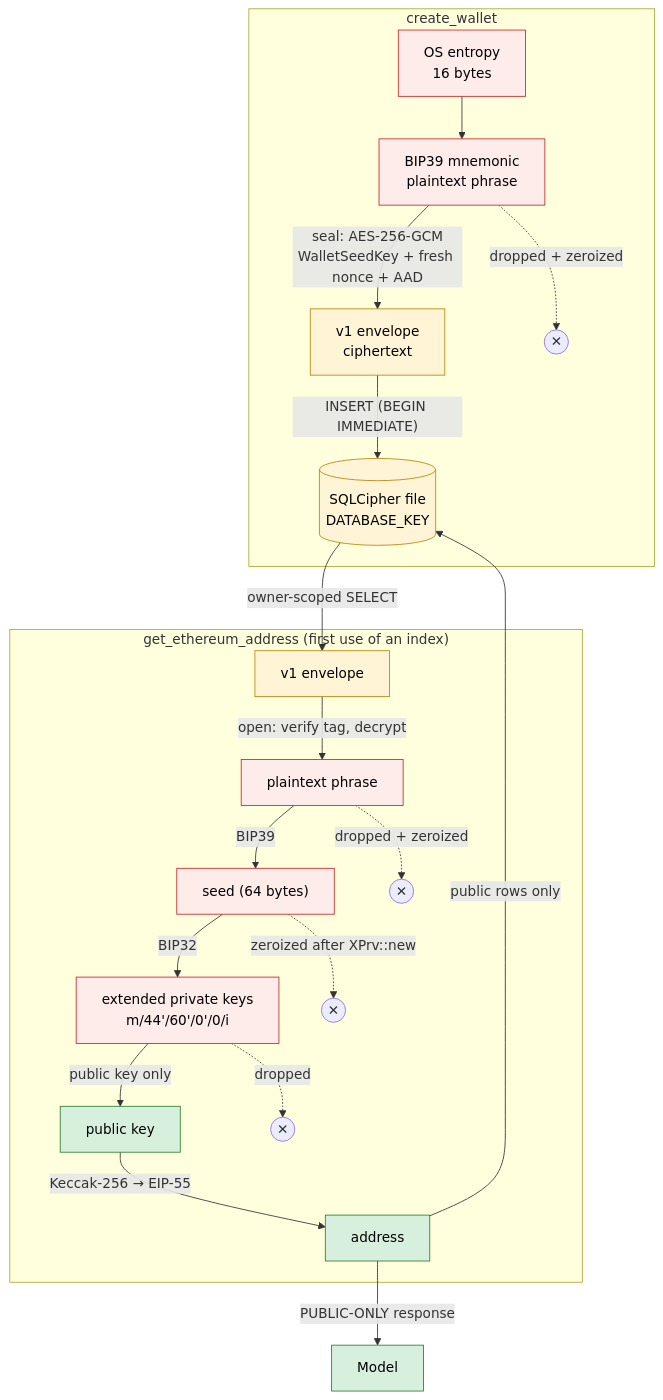
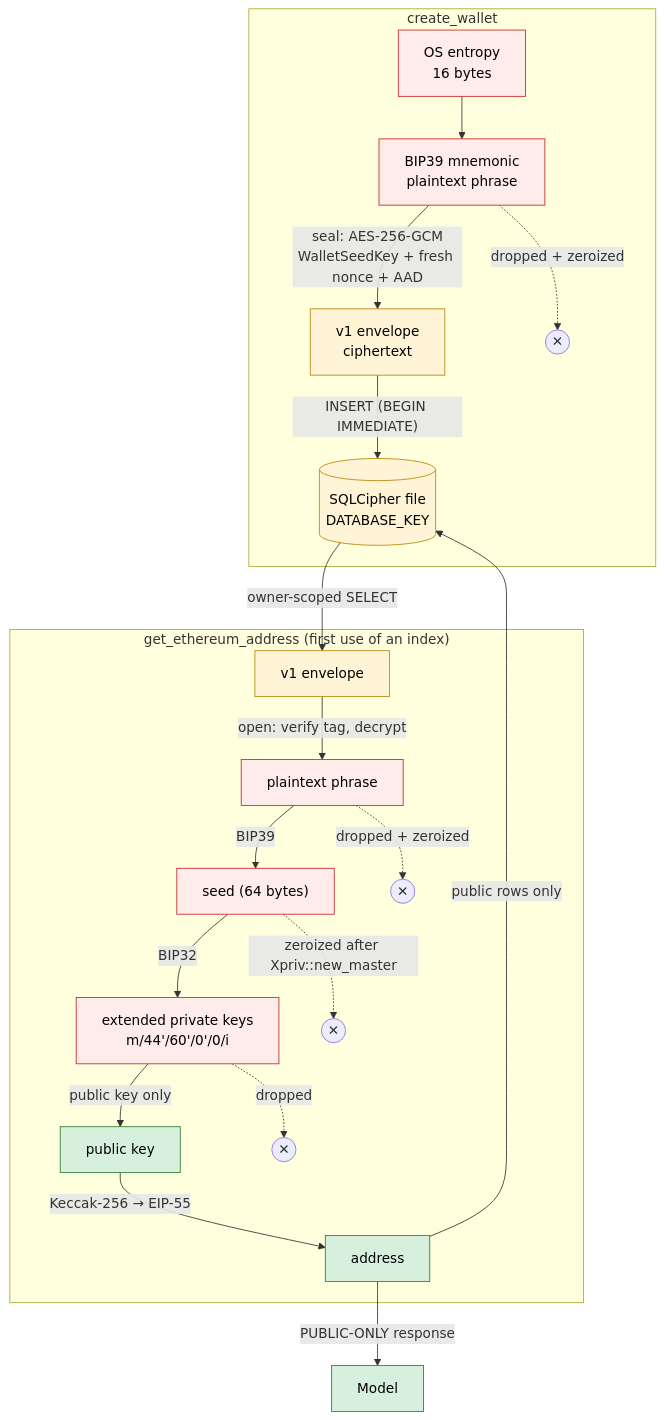
One commit to cognokratos/arktos-wallet changed the diagram in docs/capability/SECRET-LIFECYCLE-WALKTHROUGH.md. Above: the diagram before and after it, drawn with Mermaid. The commit also changed other lines of this file and 7 other files, not shown here.

````diff
--- a/docs/capability/SECRET-LIFECYCLE-WALKTHROUGH.md
+++ b/docs/capability/SECRET-LIFECYCLE-WALKTHROUGH.md
@@ -18,28 +18,28 @@
 ```mermaid
 flowchart TB
     subgraph create["create_wallet"]
         e["OS entropy<br/>16 bytes"] --> m["BIP39 mnemonic<br/>plaintext phrase"]
         m -- "seal: AES-256-GCM<br/>WalletSeedKey + fresh nonce + AAD" --> c1["v1 envelope<br/>ciphertext"]
         m -. "dropped + zeroized" .-> z1(("✕"))
         c1 -- "INSERT (BEGIN IMMEDIATE)" --> db[("SQLCipher file<br/>DATABASE_KEY")]
     end
     subgraph derive["get_ethereum_address (first use of an index)"]
         db -- "owner-scoped SELECT" --> c2["v1 envelope"]
         c2 -- "open: verify tag, decrypt" --> p["plaintext phrase"]
         p -- "BIP39" --> s["seed (64 bytes)"]
         s -- "BIP32" --> x["extended private keys<br/>m/44'/60'/0'/0/i"]
-        s -. "zeroized after XPrv::new" .-> z2(("✕"))
+        s -. "zeroized after Xpriv::new_master" .-> z2(("✕"))
         x -- "public key only" --> pk["public key"]
         x -. "dropped" .-> z3(("✕"))
         p -. "dropped + zeroized" .-> z4(("✕"))
         pk -- "Keccak-256 → EIP-55" --> a["address"]
     end
     a -- "public rows only" --> db
     a -- "PUBLIC-ONLY response" --> model["Model"]
     classDef secret fill:#fdecea,stroke:#c62828,color:#000
     classDef sealed fill:#fff4d6,stroke:#b8860b,color:#000
     classDef public fill:#d7f0dd,stroke:#2e7d32,color:#000
     class e,m,p,s,x secret
     class c1,c2,db sealed
     class pk,a,model public
 ```
````
